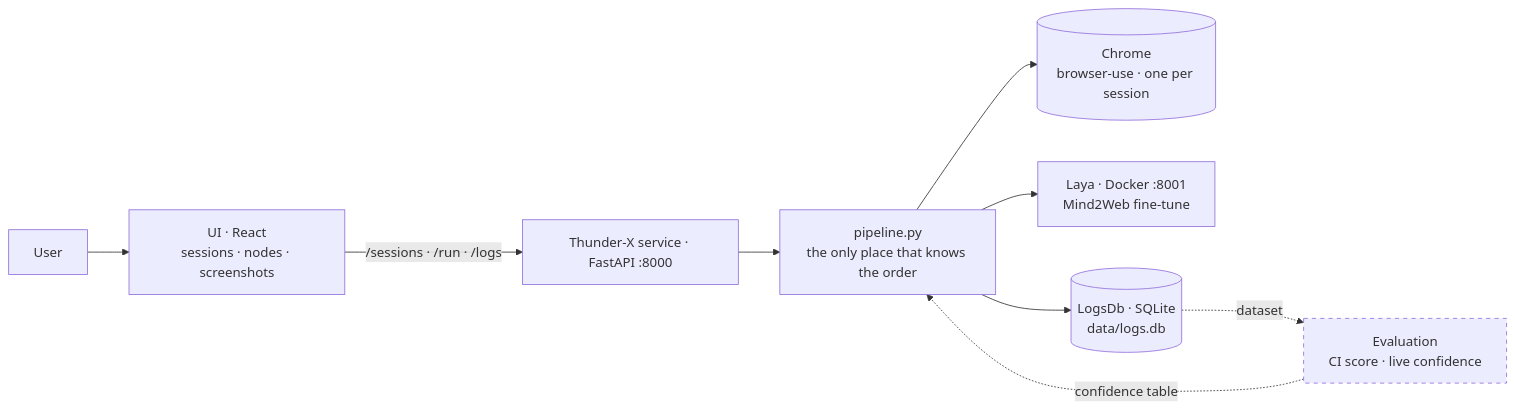
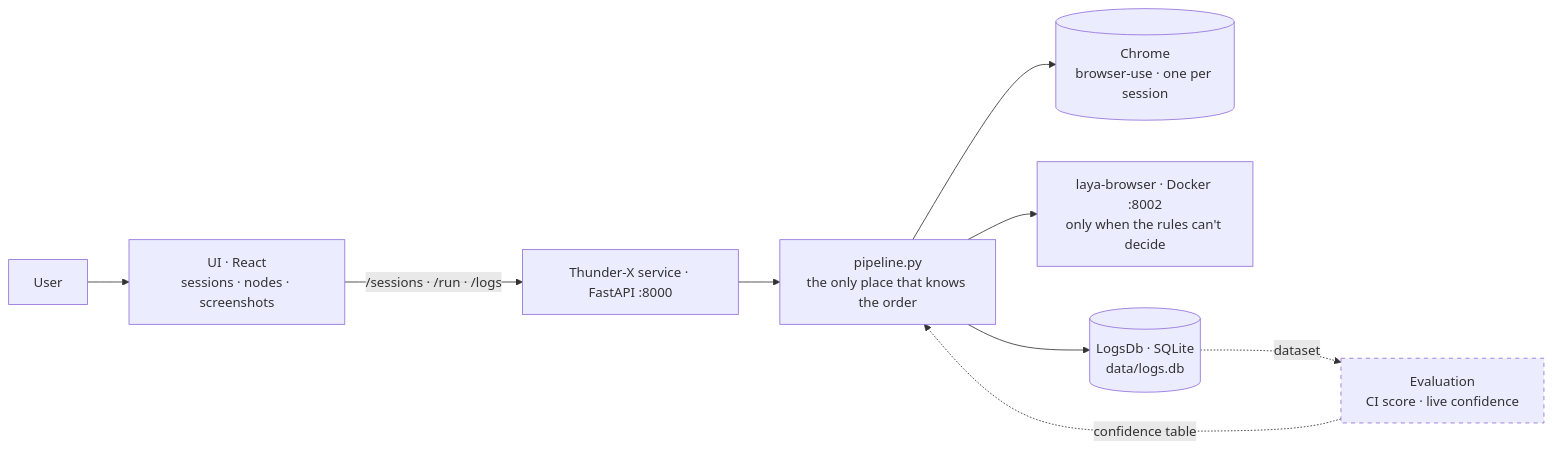
Diagram 11 of 26 in Documentations/ArchitectureV2.md (rayenamer/THUNDER-X), drawn with Mermaid before and after one commit. The commit also changed other lines of this file and 16 other files, not shown here.

Commit message:
fix/ui fix/architecture

````diff
--- a/Documentations/ArchitectureV2.md
+++ b/Documentations/ArchitectureV2.md
@@ -138,12 +150,12 @@
 ```mermaid
 flowchart LR
     U[User] --> UI[UI · React<br/>sessions · nodes · screenshots]
     UI -->|/sessions · /run · /logs| API[Thunder-X service · FastAPI :8000]
     API --> P[pipeline.py<br/>the only place that knows the order]
     P --> CH[(Chrome<br/>browser-use · one per session)]
-    P --> LY[Laya · Docker :8001<br/>Mind2Web fine-tune]
+    P --> LY[laya-browser · Docker :8002<br/>only when the rules can't decide]
     P --> DB[(LogsDb · SQLite<br/>data/logs.db)]
     DB -. dataset .-> EV[Evaluation<br/>CI score · live confidence]:::planned
     EV -. confidence table .-> P
     classDef planned stroke-dasharray: 5 5
 ```
````
